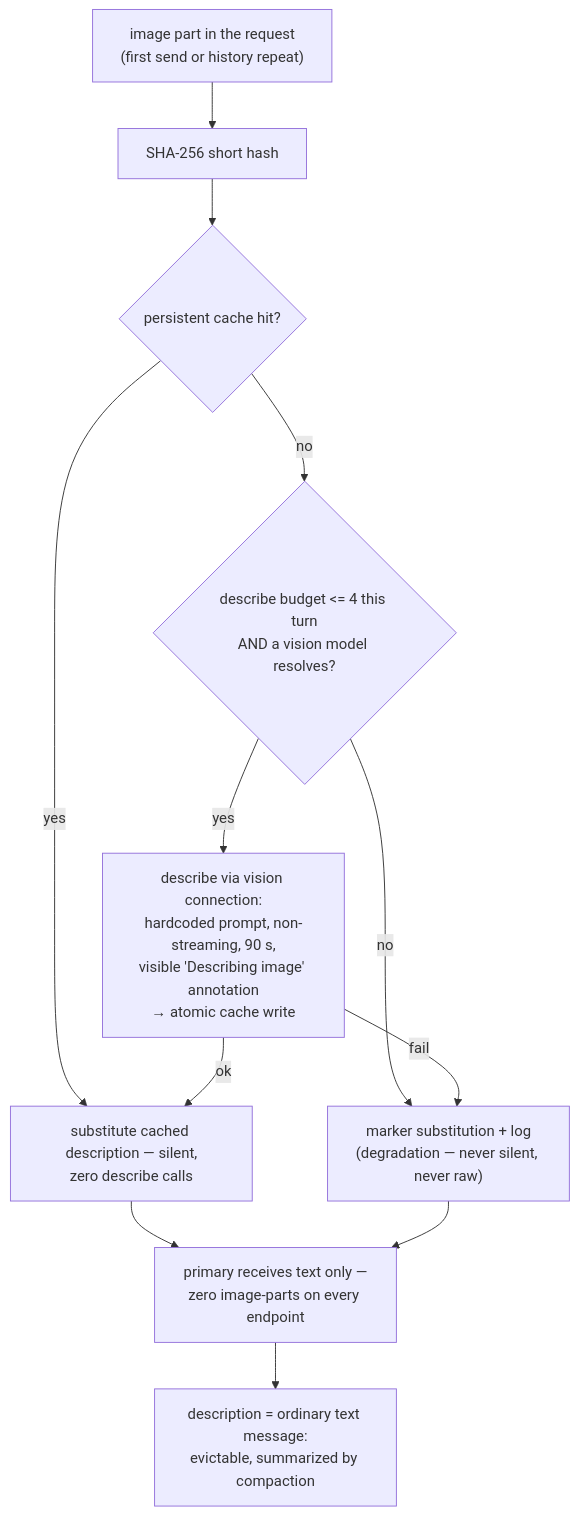
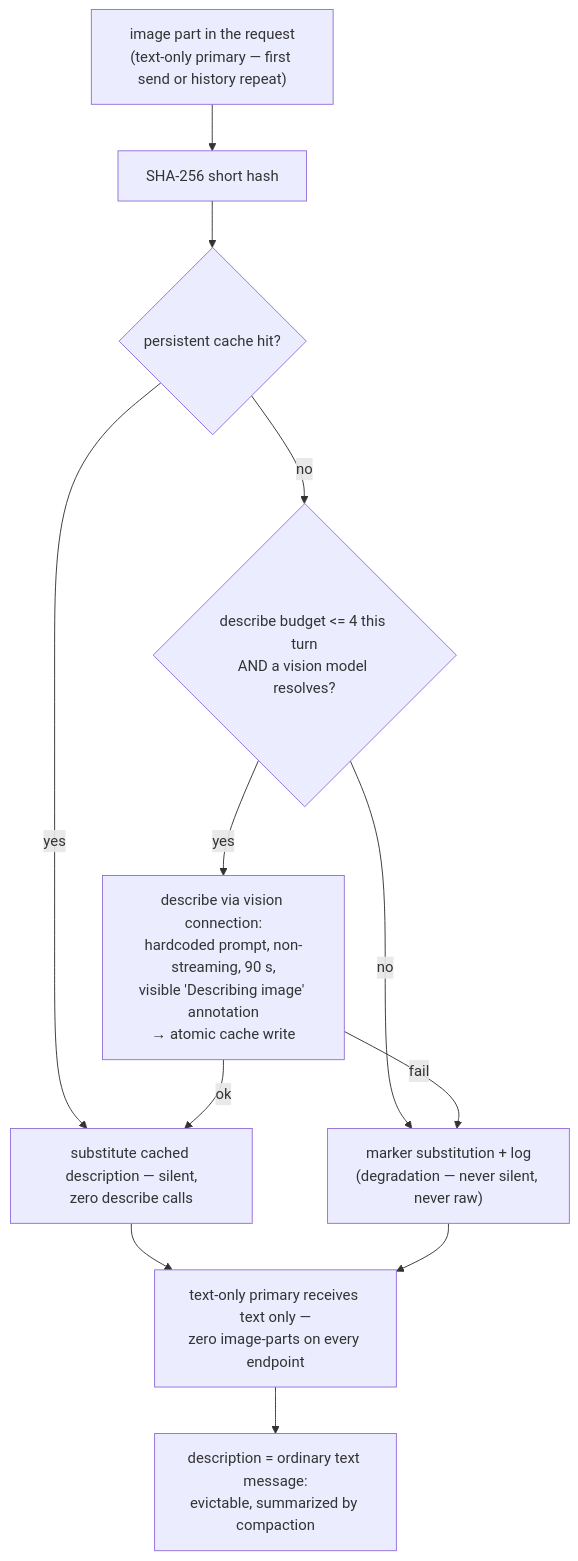
One commit to Korrnals/ollama-cloud-provider changed the diagram in docs/adr/0015-unified-vision-descriptions-compaction-default.md. Above: the diagram before and after it, drawn with Mermaid. The commit also changed other lines of this file, not shown here.

````diff
--- a/docs/adr/0015-unified-vision-descriptions-compaction-default.md
+++ b/docs/adr/0015-unified-vision-descriptions-compaction-default.md
@@ -79,14 +107,14 @@
 ```mermaid
 flowchart TD
-    IMG["image part in the request<br/>(first send or history repeat)"] --> H["SHA-256 short hash"]
+    IMG["image part in the request<br/>(text-only primary — first send or history repeat)"] --> H["SHA-256 short hash"]
     H --> C{"persistent cache hit?"}
     C -- "yes" --> SUB["substitute cached description — silent,<br/>zero describe calls"]
     C -- "no" --> B{"describe budget <= 4 this turn<br/>AND a vision model resolves?"}
     B -- "no" --> MK["marker substitution + log<br/>(degradation — never silent, never raw)"]
     B -- "yes" --> D["describe via vision connection:<br/>hardcoded prompt, non-streaming, 90 s,<br/>visible 'Describing image' annotation<br/>→ atomic cache write"]
     D -- "ok" --> SUB
     D -- "fail" --> MK
-    SUB --> P["primary receives text only —<br/>zero image-parts on every endpoint"]
+    SUB --> P["text-only primary receives text only —<br/>zero image-parts on every endpoint"]
     MK --> P
     P --> CMP["description = ordinary text message:<br/>evictable, summarized by compaction"]
 ```
````
